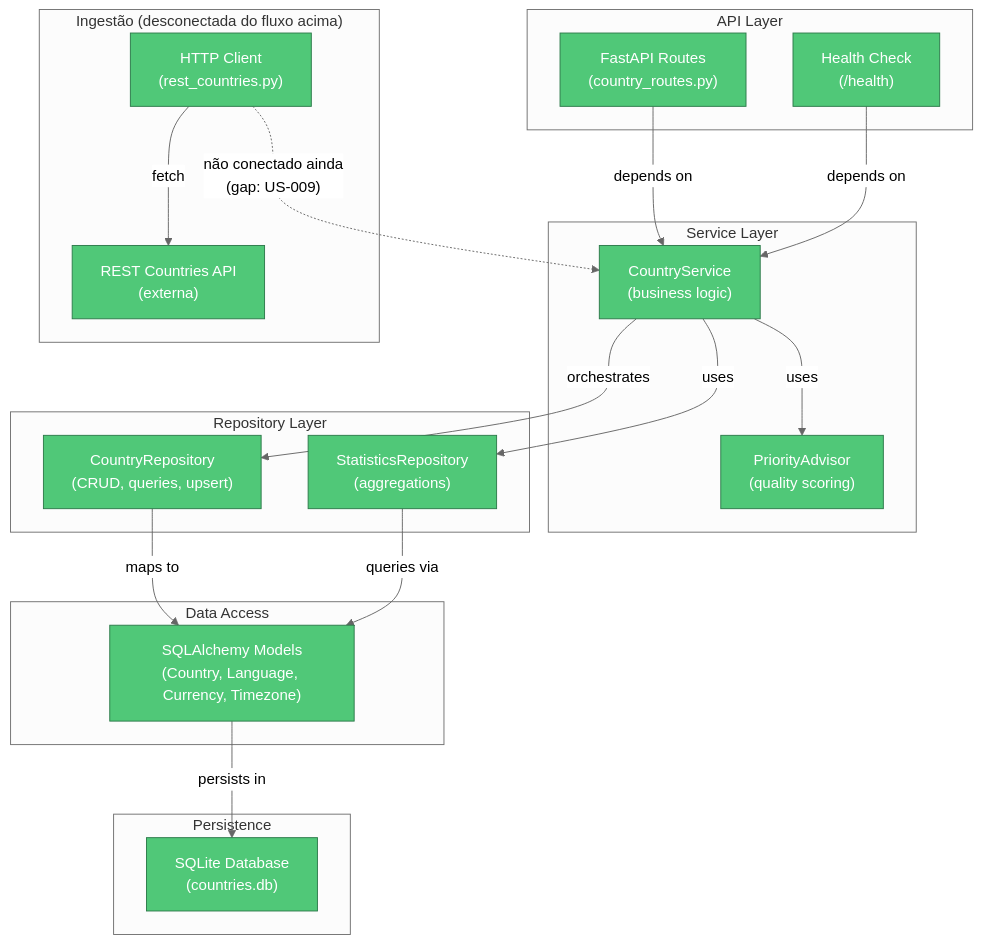
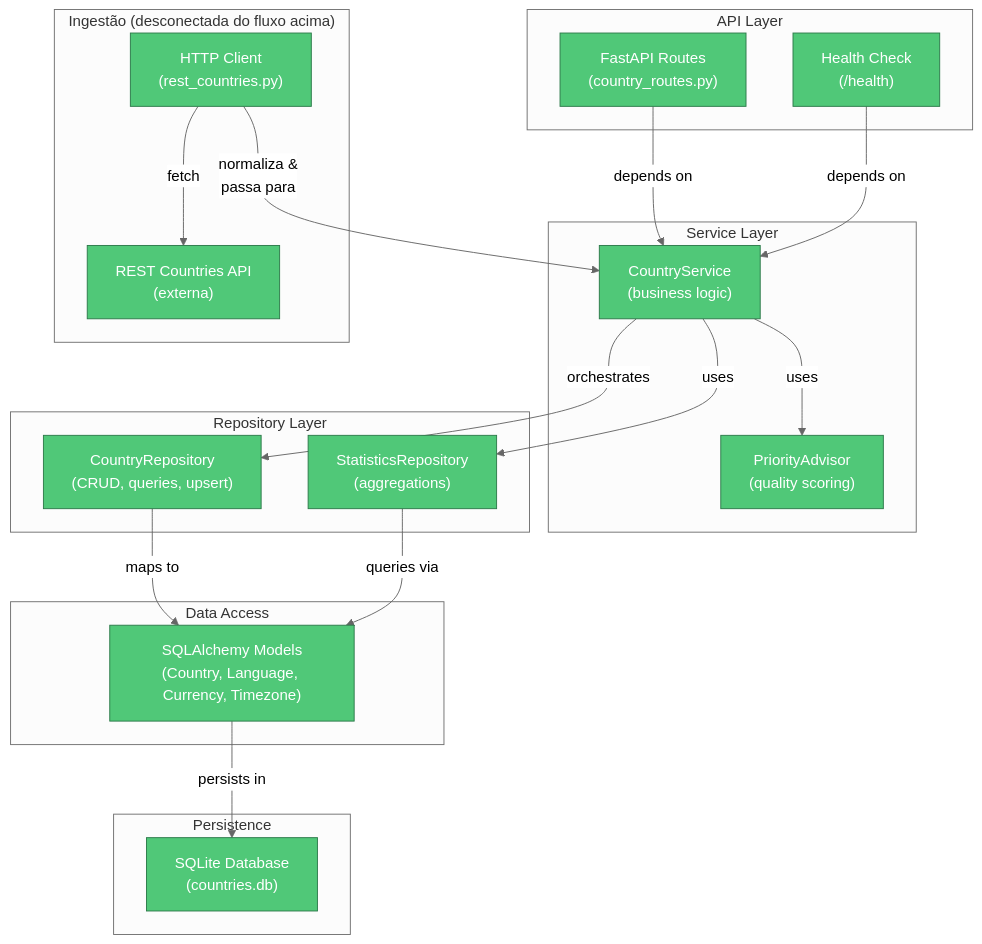
Before and after one commit to joaquimlbc/POS_ENG_IA_UFG: the third of 7 diagrams in documentacoes/ARCHITECTURE.md, drawn with Mermaid (neutral theme). The commit also changed other lines of this file and 7 other files, not shown here.

````diff
--- a/documentacoes/ARCHITECTURE.md
+++ b/documentacoes/ARCHITECTURE.md
@@ -143,46 +142,46 @@
 ```mermaid
 graph TB
     subgraph "API Layer"
         ROUTES["FastAPI Routes<br/>(country_routes.py)"]
         HEALTH["Health Check<br/>(/health)"]
     end
 
     subgraph "Service Layer"
         SERVICE["CountryService<br/>(business logic)"]
         ADVISOR["PriorityAdvisor<br/>(quality scoring)"]
     end
 
     subgraph "Repository Layer"
         COUNTRY_REPO["CountryRepository<br/>(CRUD, queries, upsert)"]
         STATS_REPO["StatisticsRepository<br/>(aggregations)"]
     end
 
     subgraph "Data Access"
         ORM["SQLAlchemy Models<br/>(Country, Language, Currency, Timezone)"]
     end
 
     subgraph "Persistence"
         DB["SQLite Database<br/>(countries.db)"]
     end
 
     subgraph "Ingestão (desconectada do fluxo acima)"
         CLIENT["HTTP Client<br/>(rest_countries.py)"]
         EXT["REST Countries API<br/>(externa)"]
     end
 
     ROUTES -->|depends on| SERVICE
     HEALTH -->|depends on| SERVICE
     SERVICE -->|orchestrates| COUNTRY_REPO
     SERVICE -->|uses| ADVISOR
     SERVICE -->|uses| STATS_REPO
     COUNTRY_REPO -->|maps to| ORM
     STATS_REPO -->|queries via| ORM
     ORM -->|persists in| DB
     CLIENT -->|fetch| EXT
-    CLIENT -.->|"não conectado ainda<br/>(gap: US-009)"| SERVICE
+    CLIENT -->|"normaliza &<br/>passa para"| SERVICE
 
     classDef implemented fill:#50C878,stroke:#2D7A4A,color:#fff
     classDef gap fill:#F39C12,stroke:#C47E0B,color:#000
 
     class ROUTES,HEALTH,SERVICE,ADVISOR,COUNTRY_REPO,STATS_REPO,ORM,DB,CLIENT,EXT implemented
 ```
````
